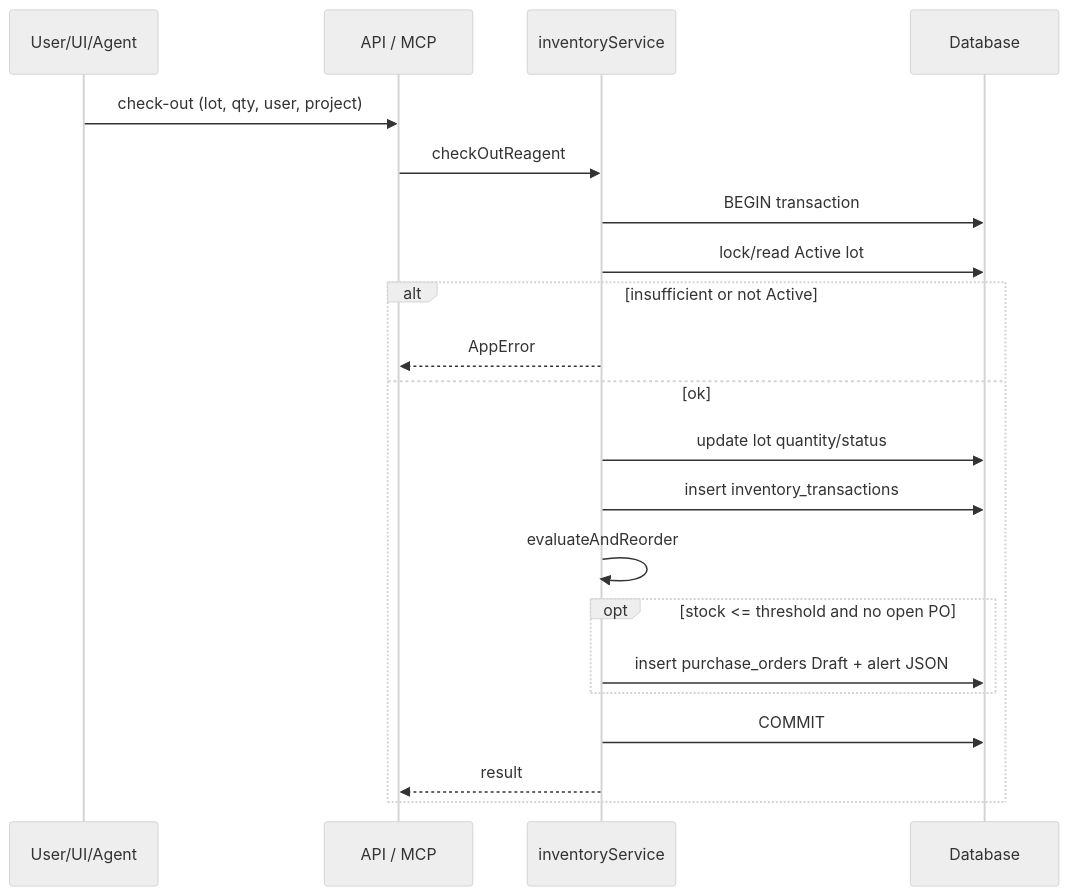
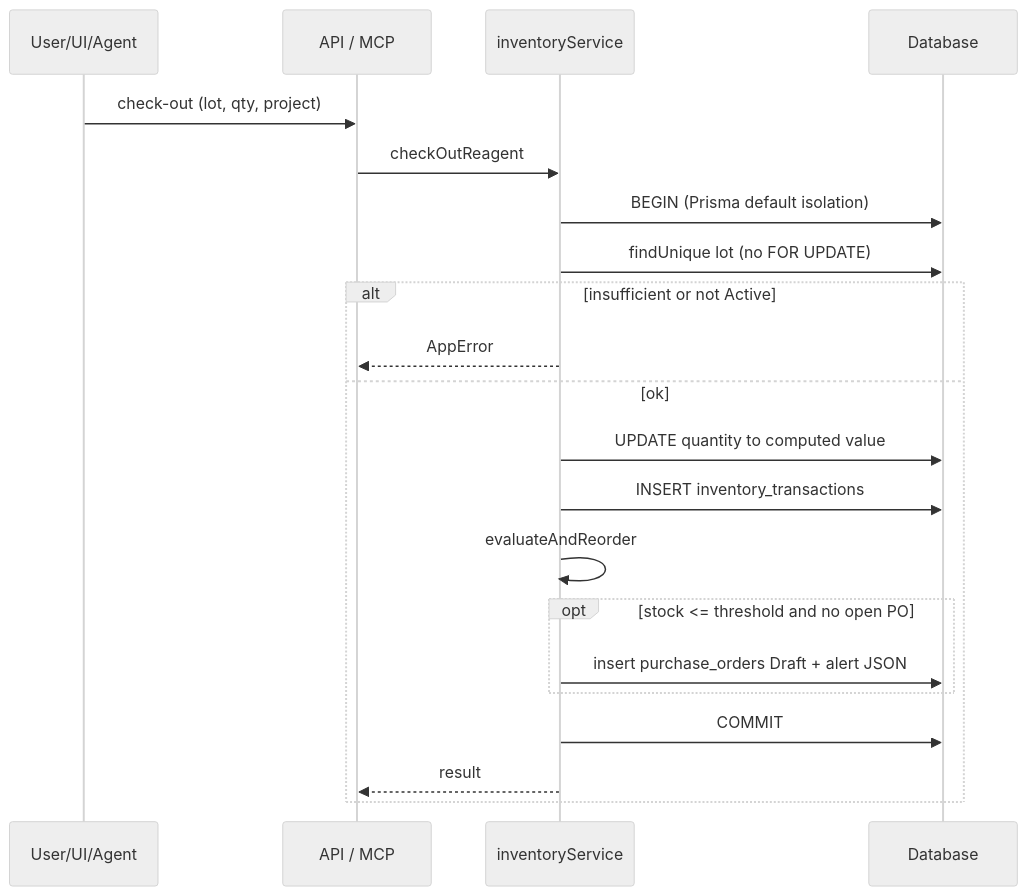
The second of 4 diagrams in docs/ARCHITECTURE.md (raorayala/ml-ims), drawn with Mermaid (neutral theme) before and after one commit. The commit also changed other lines of this file and 13 other files, not shown here.

````diff
--- a/docs/ARCHITECTURE.md
+++ b/docs/ARCHITECTURE.md
@@ -31,23 +33,23 @@
 ```mermaid
 sequenceDiagram
   participant U as User/UI/Agent
   participant A as API / MCP
   participant C as inventoryService
   participant D as Database
-  U->>A: check-out (lot, qty, user, project)
+  U->>A: check-out (lot, qty, project)
   A->>C: checkOutReagent
-  C->>D: BEGIN transaction
-  C->>D: lock/read Active lot
+  C->>D: BEGIN (Prisma default isolation)
+  C->>D: findUnique lot (no FOR UPDATE)
   alt insufficient or not Active
     C-->>A: AppError
   else ok
-    C->>D: update lot quantity/status
-    C->>D: insert inventory_transactions
+    C->>D: UPDATE quantity to computed value
+    C->>D: INSERT inventory_transactions
     C->>C: evaluateAndReorder
     opt stock <= threshold and no open PO
       C->>D: insert purchase_orders Draft + alert JSON
     end
     C->>D: COMMIT
     C-->>A: result
   end
 ```
````
